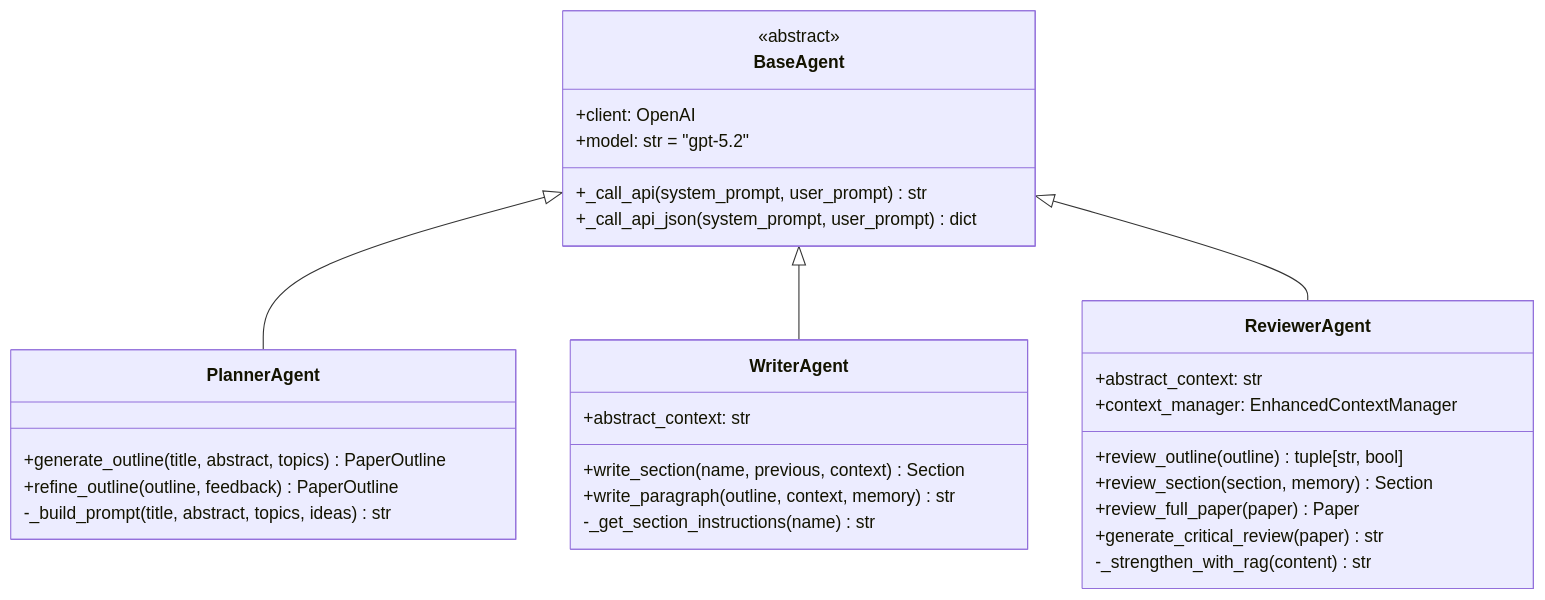
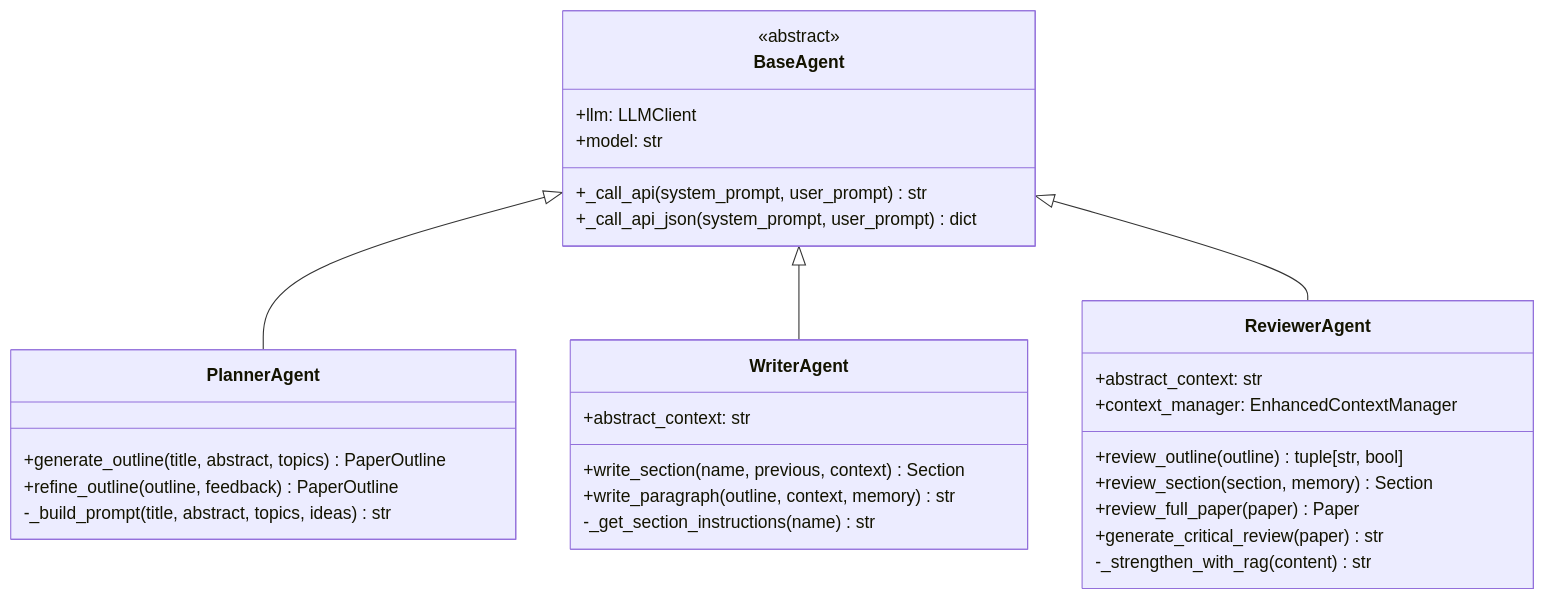
The third of 8 diagrams in docs/architecture.md (mikelval82/TheAiWriter), drawn with Mermaid before and after one commit. The commit also changed other lines of this file and 25 other files, not shown here.

````diff
--- a/docs/architecture.md
+++ b/docs/architecture.md
@@ -174,37 +174,37 @@
 ```mermaid
 classDiagram
     class BaseAgent {
         <<abstract>>
-        +client: OpenAI
-        +model: str = "gpt-5.2"
+        +llm: LLMClient
+        +model: str
         +_call_api(system_prompt, user_prompt) str
         +_call_api_json(system_prompt, user_prompt) dict
     }
     
     class PlannerAgent {
         +generate_outline(title, abstract, topics) PaperOutline
         +refine_outline(outline, feedback) PaperOutline
         -_build_prompt(title, abstract, topics, ideas) str
     }
     
     class WriterAgent {
         +abstract_context: str
         +write_section(name, previous, context) Section
         +write_paragraph(outline, context, memory) str
         -_get_section_instructions(name) str
     }
     
     class ReviewerAgent {
         +abstract_context: str
         +context_manager: EnhancedContextManager
         +review_outline(outline) tuple[str, bool]
         +review_section(section, memory) Section
         +review_full_paper(paper) Paper
         +generate_critical_review(paper) str
         -_strengthen_with_rag(content) str
     }
 
     BaseAgent <|-- PlannerAgent
     BaseAgent <|-- WriterAgent
     BaseAgent <|-- ReviewerAgent
 ```
````
